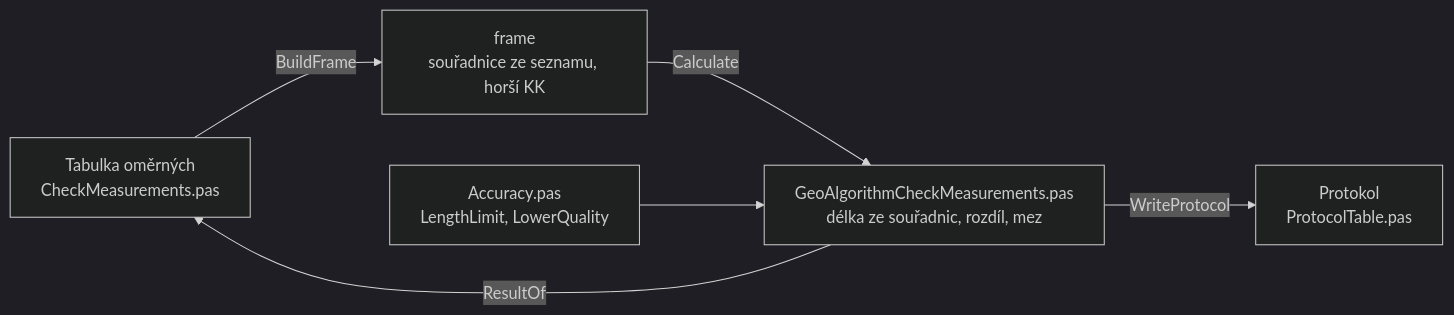
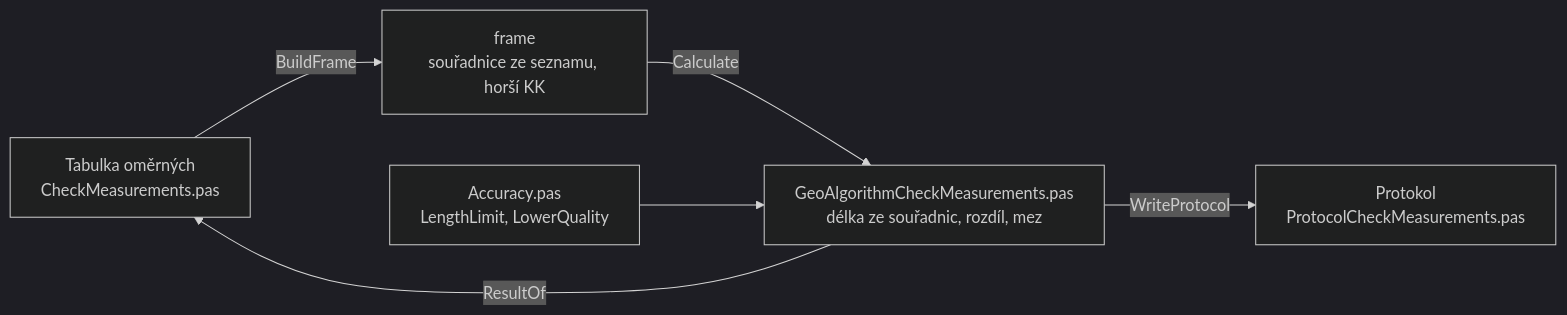
Before and after one commit to kovarmi9/GeoSoft: the diagram in docs/vypocty/kontrolni-omerne.md, drawn with Mermaid (dark theme). The commit also changed other lines of this file and 85 other files, not shown here.

````diff
--- a/docs/vypocty/kontrolni-omerne.md
+++ b/docs/vypocty/kontrolni-omerne.md
@@ -28,8 +29,8 @@
 ```mermaid
 flowchart LR
   T["Tabulka oměrných<br>CheckMeasurements.pas"] -->|BuildFrame| F["frame<br>souřadnice ze seznamu, horší KK"]
   F -->|Calculate| A["GeoAlgorithmCheckMeasurements.pas<br>délka ze souřadnic, rozdíl, mez"]
   V["Accuracy.pas<br>LengthLimit, LowerQuality"] --> A
   A -->|ResultOf| T
-  A -->|WriteProtocol| P["Protokol<br>ProtocolTable.pas"]
+  A -->|WriteProtocol| P["Protokol<br>ProtocolCheckMeasurements.pas"]
 ```
````
